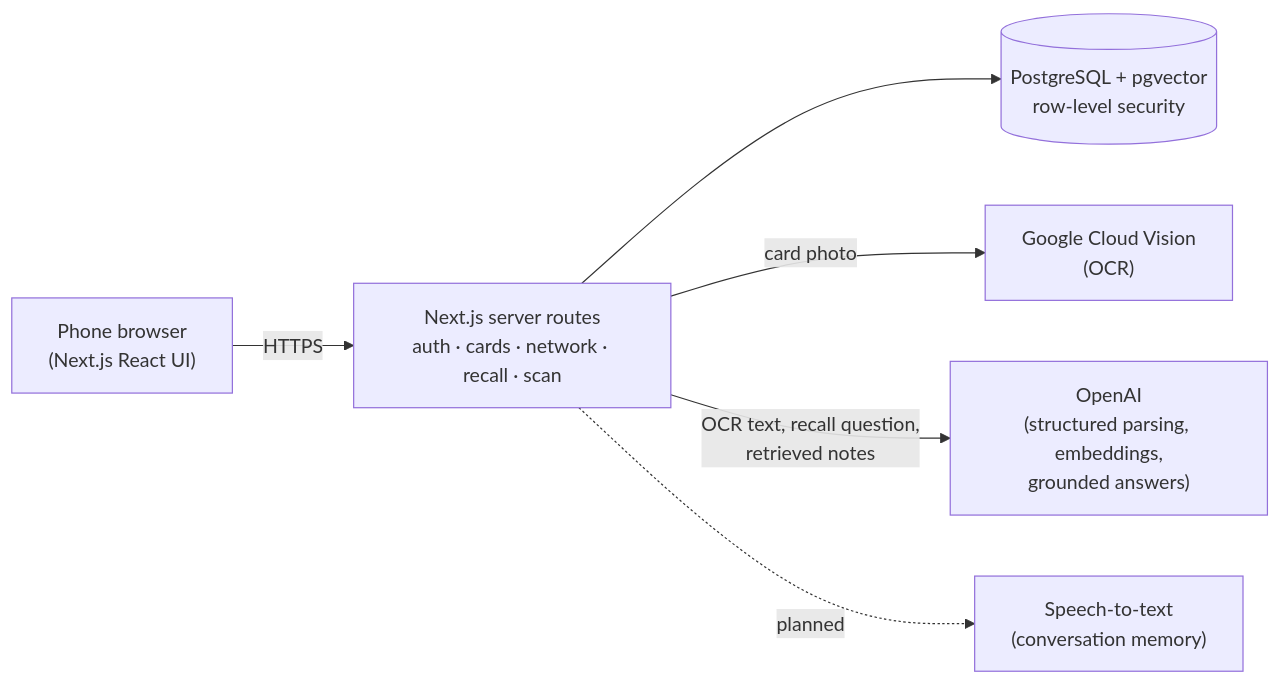
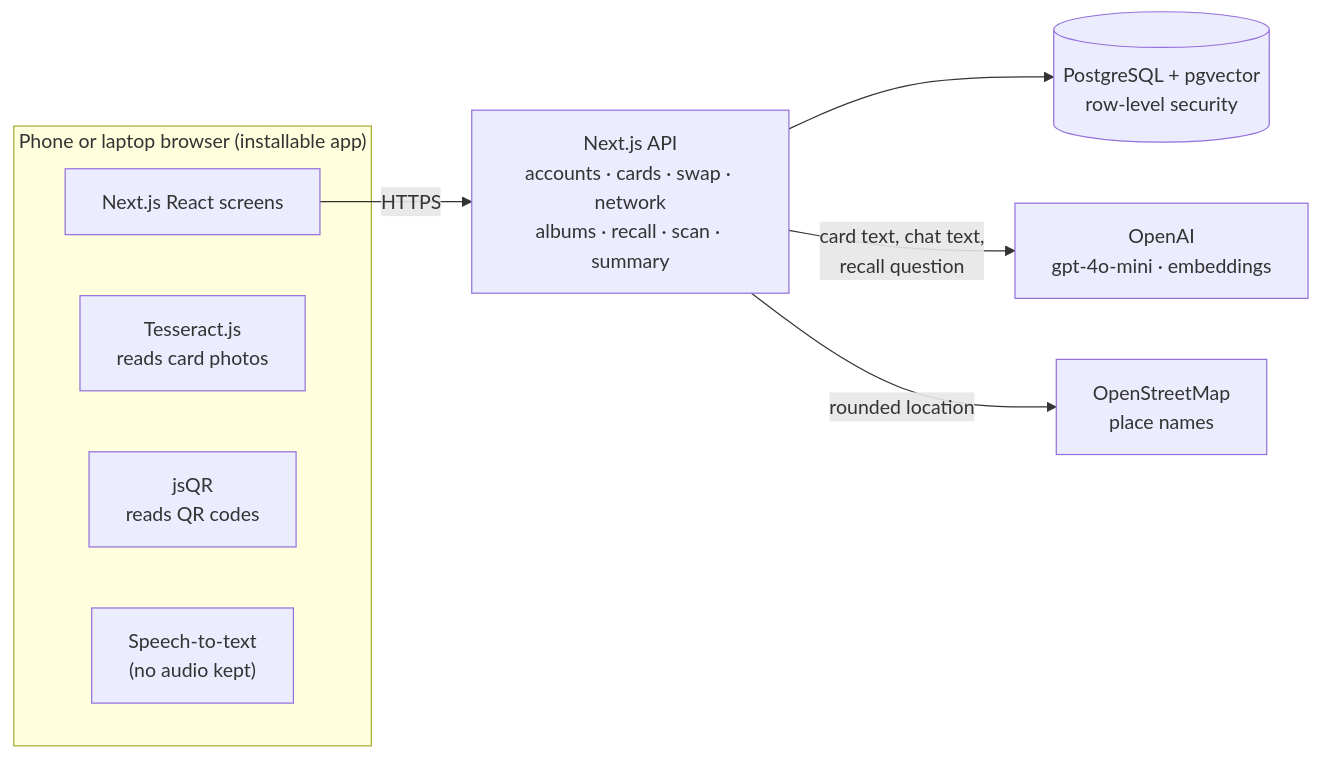
The diagram in docs/TECHNICAL_SOLUTION.md (AntonyGKoo/wasl), drawn with Mermaid before and after one commit. The commit also changed other lines of this file and 53 other files, not shown here.

Commit message:
Clean up the repo: new README and docs for the live product, development plan, old check-in material in docs/archive, sample photos in tests/fixtures, mockup screenshots with white text for the poster

````diff
--- a/docs/TECHNICAL_SOLUTION.md
+++ b/docs/TECHNICAL_SOLUTION.md
@@ -11,8 +11,13 @@
 ```mermaid
 flowchart LR
-  phone["Phone browser<br/>(Next.js React UI)"] -->|HTTPS| api["Next.js server routes<br/>auth · cards · network · recall · scan"]
+  subgraph phone["Phone or laptop browser (installable app)"]
+    ui["Next.js React screens"]
+    ocr["Tesseract.js<br/>reads card photos"]
+    qr["jsQR<br/>reads QR codes"]
+    stt["Speech-to-text<br/>(no audio kept)"]
+  end
+  ui -->|HTTPS| api["Next.js API<br/>accounts · cards · swap · network<br/>albums · recall · scan · summary"]
   api --> db[("PostgreSQL + pgvector<br/>row-level security")]
-  api -->|card photo| vision["Google Cloud Vision<br/>(OCR)"]
-  api -->|OCR text, recall question,<br/>retrieved notes| openai["OpenAI<br/>(structured parsing, embeddings,<br/>grounded answers)"]
-  api -. planned .-> stt["Speech-to-text<br/>(conversation memory)"]
+  api -->|card text, chat text,<br/>recall question| openai["OpenAI<br/>gpt-4o-mini · embeddings"]
+  api -->|rounded location| osm["OpenStreetMap<br/>place names"]
 ```
````
